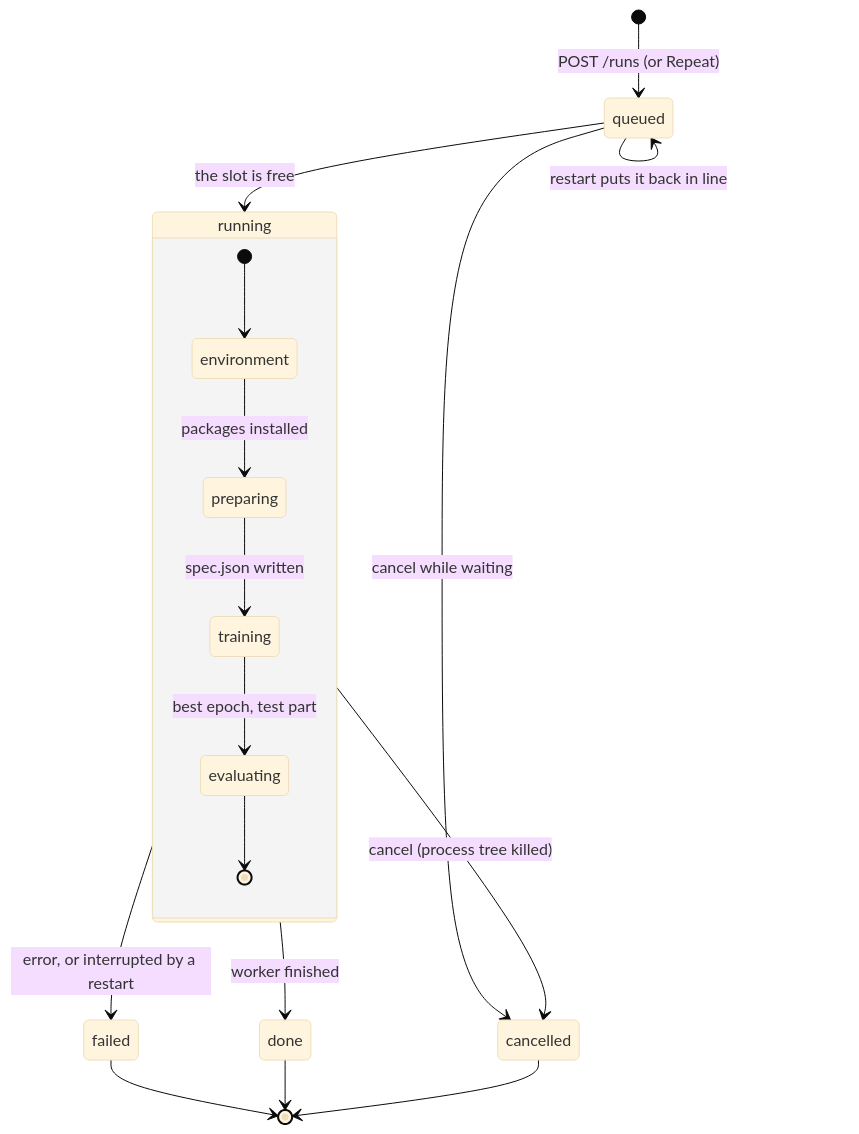
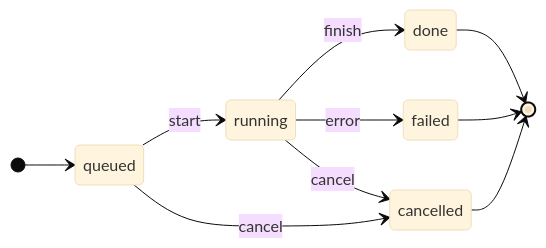
One commit to karemdm/activelabel changed the fifth of 8 diagrams in docs/ARCHITECTURE.md. Above: the diagram before and after it, drawn with Mermaid (base theme). The commit also changed other lines of this file and 3 other files, not shown here.

Commit message:
docs: redraw the diagrams with short labels and simple layouts so nothing overlaps (#220)

````diff
--- a/docs/ARCHITECTURE.md
+++ b/docs/ARCHITECTURE.md
@@ -194,21 +158,13 @@
 ```mermaid
 stateDiagram-v2
-  [*] --> queued: POST /runs (or Repeat)
-  queued --> running: the slot is free
-  queued --> cancelled: cancel while waiting
-  running --> done: worker finished
-  running --> failed: error, or interrupted by a restart
-  running --> cancelled: cancel (process tree killed)
+  direction LR
+  [*] --> queued
+  queued --> running: start
+  queued --> cancelled: cancel
+  running --> done: finish
+  running --> failed: error
+  running --> cancelled: cancel
+  done --> [*]
   failed --> [*]
-  done --> [*]
   cancelled --> [*]
-  queued --> queued: restart puts it back in line
-
-  state running {
-    [*] --> environment
-    environment --> preparing: packages installed
-    preparing --> training: spec.json written
-    training --> evaluating: best epoch, test part
-    evaluating --> [*]
-  }
 ```
````
